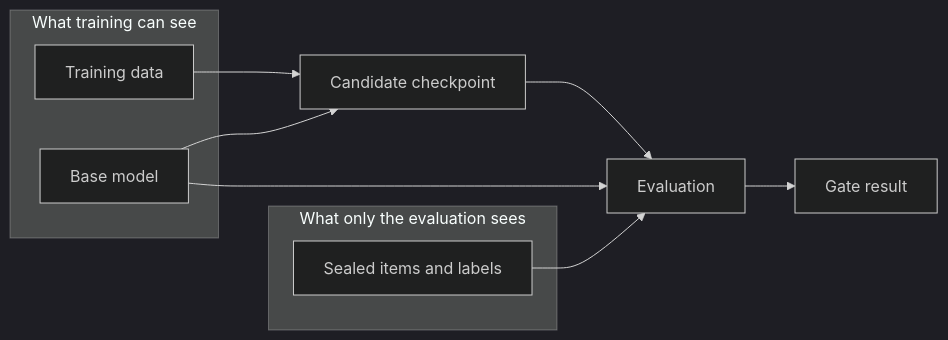
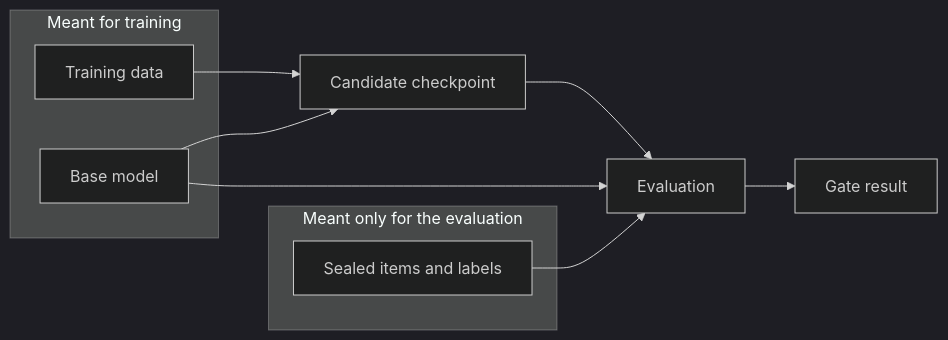
One commit to gatedtrain/gatedtrain changed the first of 2 diagrams in docs/concepts.md. Above: the diagram before and after it, drawn with Mermaid (dark theme). The commit also changed other lines of this file and 1 other file, not shown here.

First line of the commit message:
Docs: README diagram and concepts wording follow the code

````diff
--- a/docs/concepts.md
+++ b/docs/concepts.md
@@ -43,16 +43,16 @@
 ```mermaid
 flowchart LR
-    subgraph train_side["What training can see"]
+    subgraph train_side["Meant for training"]
         tdata["Training data"]
         base["Base model"]
     end
-    subgraph eval_side["What only the evaluation sees"]
+    subgraph eval_side["Meant only for the evaluation"]
         sealed["Sealed items and labels"]
     end
     tdata --> cand["Candidate checkpoint"]
     base --> cand
     cand --> eval["Evaluation"]
     base --> eval
     sealed --> eval
     eval --> gate["Gate result"]
 ```
````
